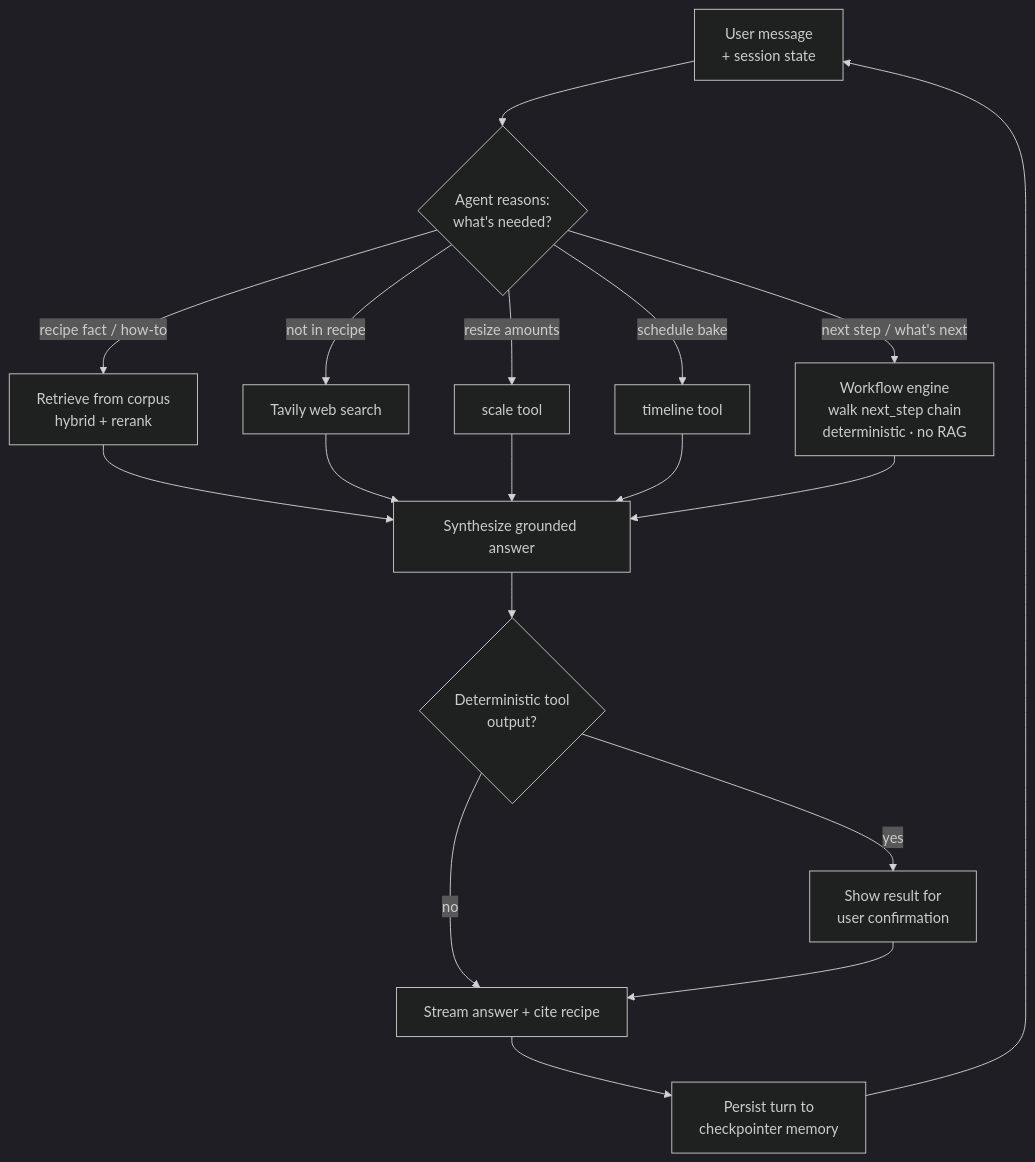
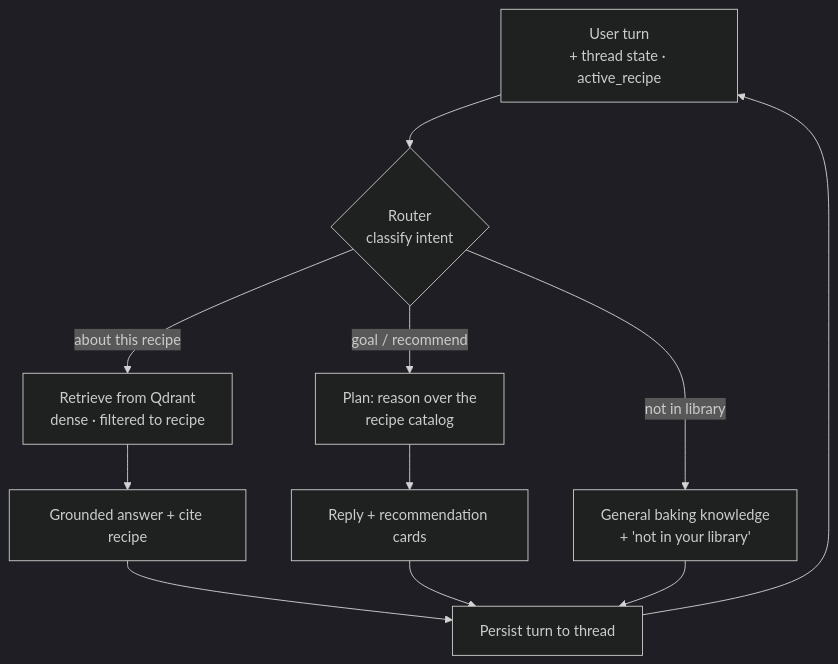
The second of 2 diagrams in docs/02-solution.md (xx257/bake-me-up), drawn with Mermaid (dark theme) before and after one commit. The commit also changed other lines of this file and 20 other files, not shown here.

Commit message:
Agentic router v1: plan / recipe_qa / general + catalog + thread memory

````diff
--- a/docs/02-solution.md
+++ b/docs/02-solution.md
@@ -78,20 +86,13 @@
 ```mermaid
 flowchart TD
-    U[User message<br/>+ session state] --> R{Agent reasons:<br/>what's needed?}
-    R -->|recipe fact / how-to| RET[Retrieve from corpus<br/>hybrid + rerank]
-    R -->|not in recipe| TAV[Tavily web search]
-    R -->|resize amounts| SC[scale tool]
-    R -->|schedule bake| TL[timeline tool]
-    R -->|next step / what's next| WF[Workflow engine<br/>walk next_step chain<br/>deterministic · no RAG]
-    RET --> SYN[Synthesize grounded answer]
-    TAV --> SYN
-    SC --> SYN
-    TL --> SYN
-    WF --> SYN
-    SYN --> CHK{Deterministic tool<br/>output?}
-    CHK -->|yes| HV[Show result for<br/>user confirmation]
-    CHK -->|no| OUT[Stream answer + cite recipe]
-    HV --> OUT
-    OUT --> SAVE[Persist turn to<br/>checkpointer memory]
+    U[User turn<br/>+ thread state · active_recipe] --> R{Router<br/>classify intent}
+    R -->|goal / recommend| PLAN[Plan: reason over the<br/>recipe catalog]
+    R -->|about this recipe| RET[Retrieve from Qdrant<br/>dense · filtered to recipe]
+    R -->|not in library| GEN[General baking knowledge<br/>+ 'not in your library']
+    RET --> SYN[Grounded answer + cite recipe]
+    PLAN --> CARDS[Reply + recommendation cards]
+    SYN --> SAVE[Persist turn to thread]
+    CARDS --> SAVE
+    GEN --> SAVE
     SAVE --> U
 ```
````
